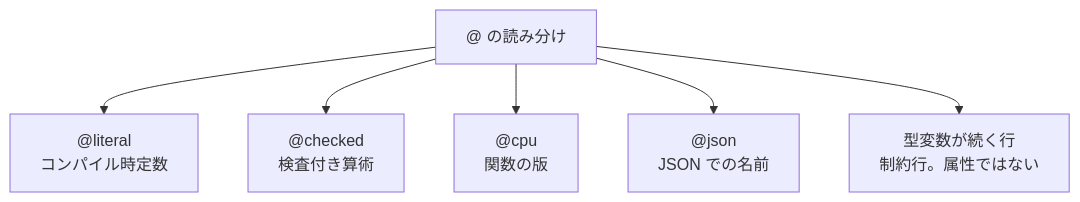
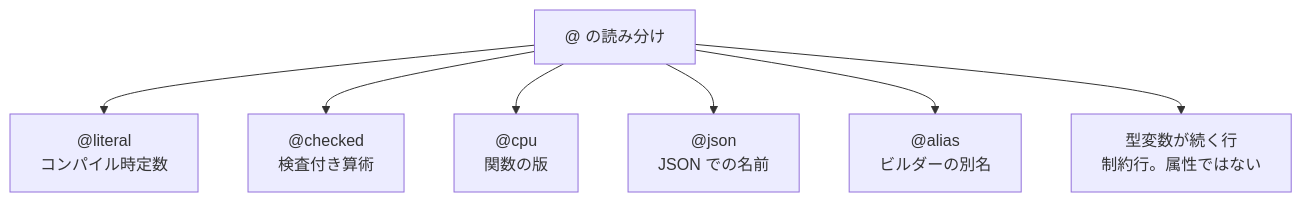
One commit to tatsuya-midorikawa/Tsuzuri changed the diagram in _tsuzuri/language-reference/values-and-functions/attributes.md. Above: the diagram before and after it, drawn with Mermaid. The commit also changed other lines of this file and 34 other files, not shown here.

````diff
--- a/_tsuzuri/language-reference/values-and-functions/attributes.md
+++ b/_tsuzuri/language-reference/values-and-functions/attributes.md
@@ -18,9 +19,10 @@
 ```mermaid
 flowchart TD
     at["@ の読み分け"]
     at --> literal["@literal<br/>コンパイル時定数"]
     at --> checked["@checked<br/>検査付き算術"]
     at --> cpu["@cpu<br/>関数の版"]
     at --> json["@json<br/>JSON での名前"]
+    at --> alias["@alias<br/>ビルダーの別名"]
     at --> row["型変数が続く行<br/>制約行。属性ではない"]
 ```
````
